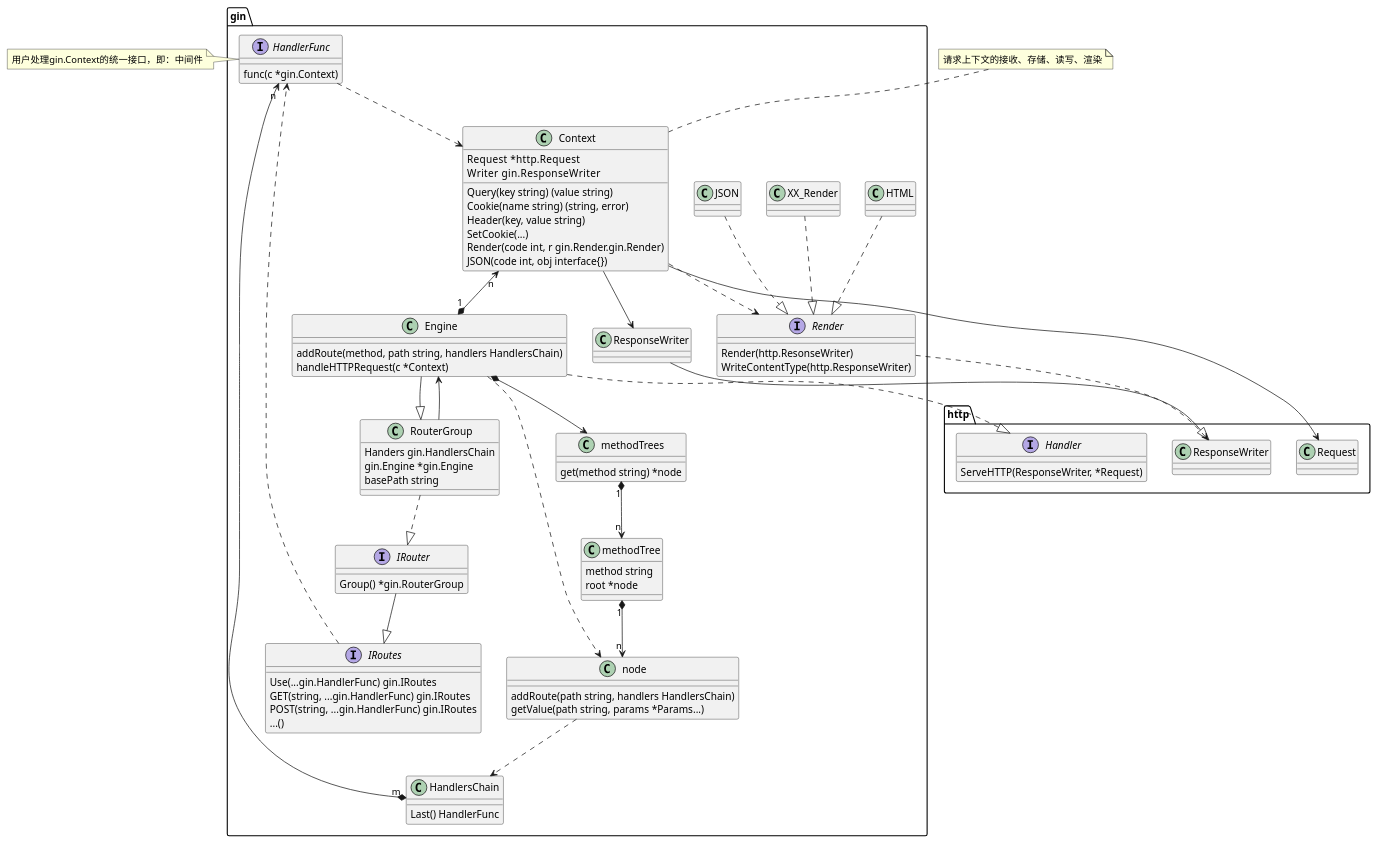
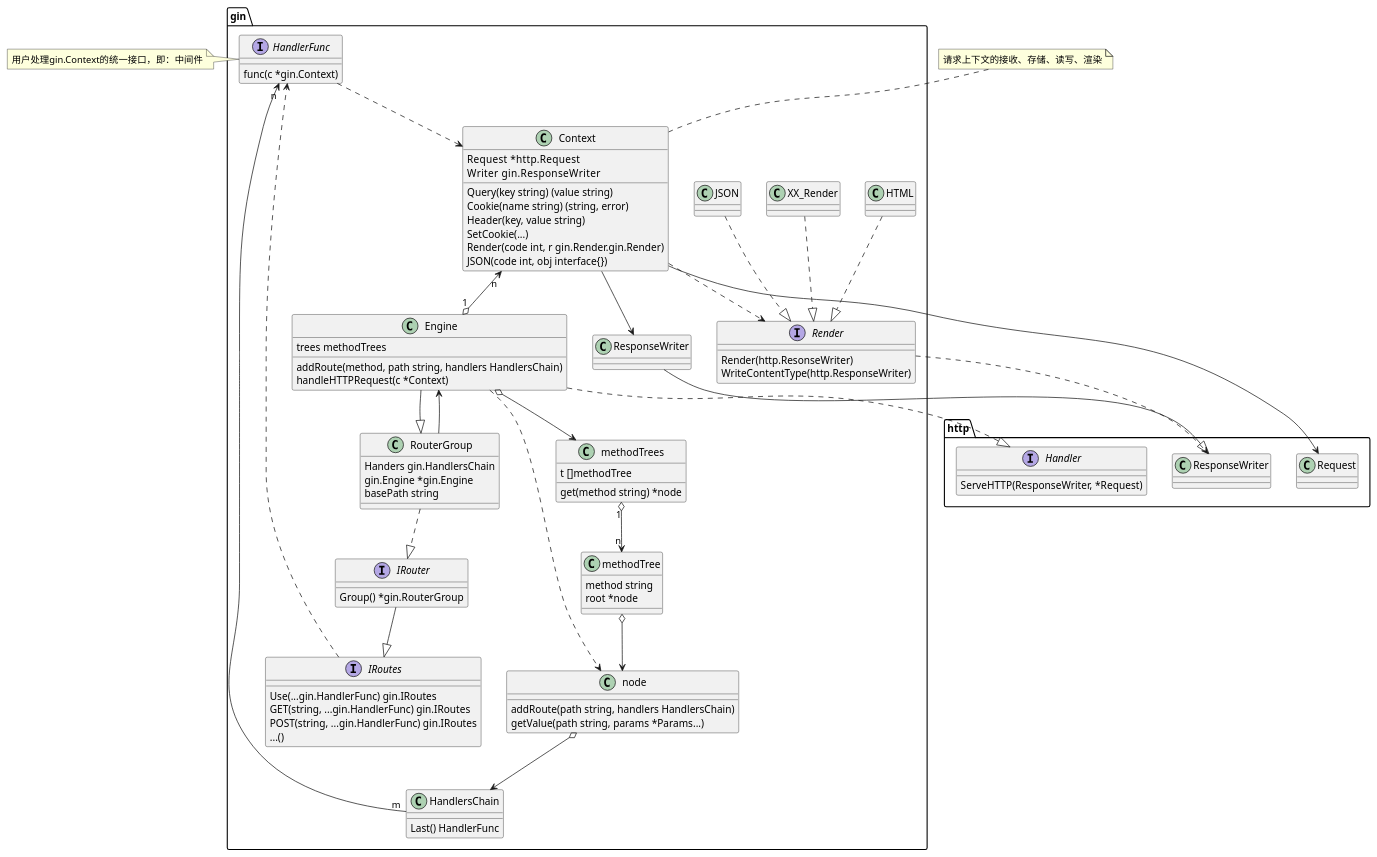
Before and after one commit to tjufc/notes: the diagram in go_web_framework/gin/uml_gin.md, drawn with PlantUML. The commit also changed 3 other files, not shown here.

```diff
--- a/go_web_framework/gin/uml_gin.md
+++ b/go_web_framework/gin/uml_gin.md
@@ -31,7 +31,7 @@
 gin.Context --> gin.ResponseWriter
 gin.Context --> http.Request
 gin.Context ..> gin.Render
-gin.Context "n" <--* "1" gin.Engine
+gin.Context "n" <--o "1" gin.Engine
 
 
 
@@ -44,7 +44,7 @@
 class gin.HandlersChain {
     Last() HandlerFunc
 }
-gin.HandlersChain "m" *--> "n" gin.HandlerFunc
+gin.HandlersChain "m" --> "n" gin.HandlerFunc
 
 
 
@@ -76,12 +76,14 @@
 }
 
 class gin.Engine {
+    trees methodTrees
+
     addRoute(method, path string, handlers HandlersChain)
     handleHTTPRequest(c *Context)
 }
 gin.Engine --|> gin.RouterGroup
 gin.Engine ..|> http.Handler
-gin.Engine *--> gin.methodTrees
+gin.Engine o--> gin.methodTrees
 gin.Engine ..> gin.node
 
 
@@ -90,18 +92,20 @@
     addRoute(path string, handlers HandlersChain)
     getValue(path string, params *Params...)
 }
-gin.node ..> gin.HandlersChain
+gin.node o--> gin.HandlersChain
 
 class gin.methodTree {
     method string
     root *node
 }
-gin.methodTree "1" *--> "n" gin.node
+gin.methodTree o--> gin.node
 
 class gin.methodTrees {
+    t []methodTree
+
     get(method string) *node
 }
-gin.methodTrees "1" *--> "n" gin.methodTree
+gin.methodTrees "1" o--> "n" gin.methodTree
 
 
 @enduml
```
